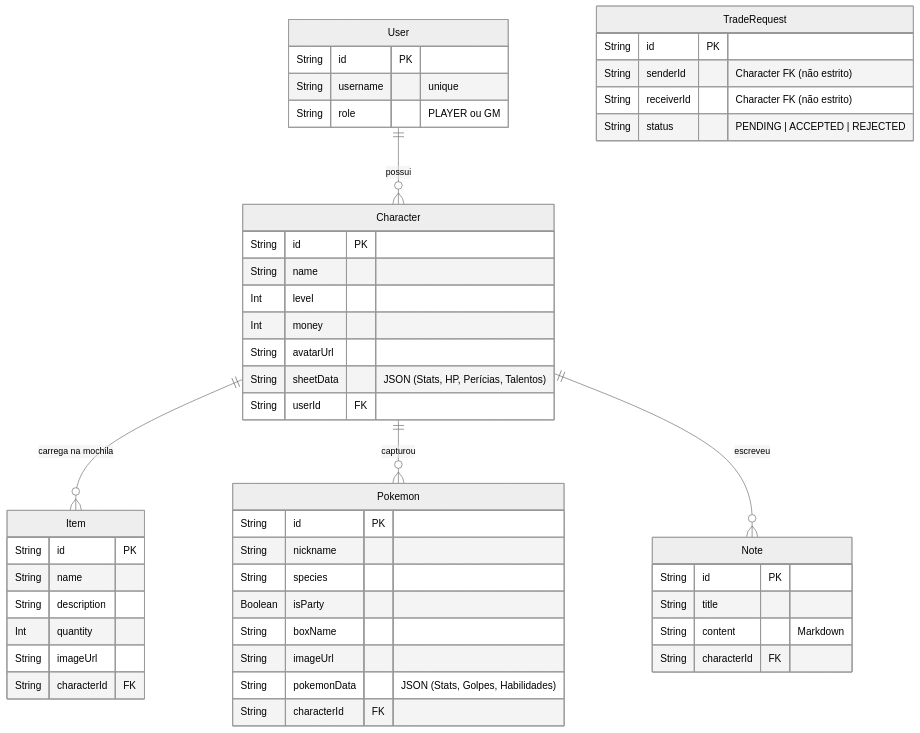
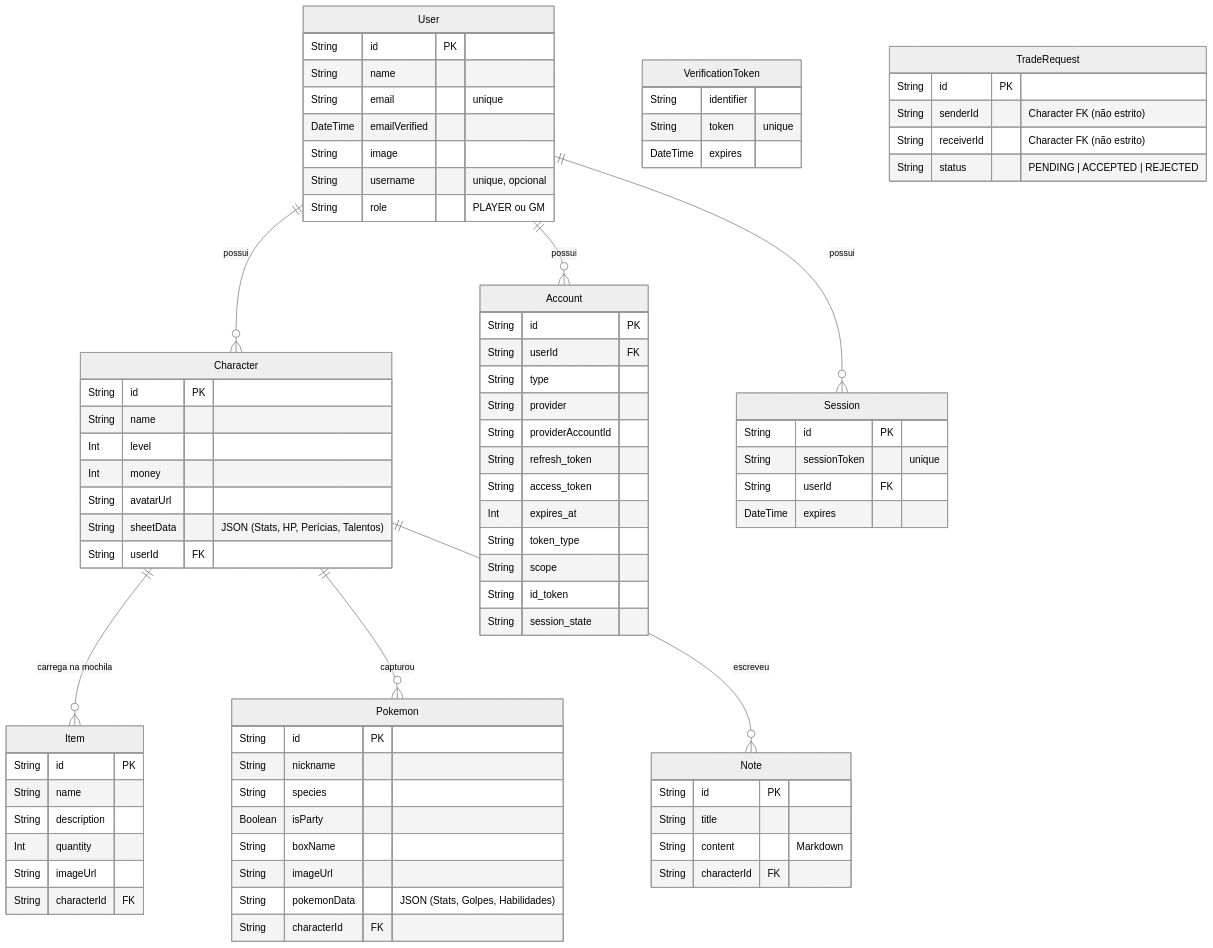
One commit to JulioFabio/trainer-card-pro changed the diagram in docs/[Arquitetura] Banco de Dados.md. Above: the diagram before and after it, drawn with Mermaid (neutral theme). The commit also changed other lines of this file and 21 other files, not shown here.

First line of the commit message:
feat(auth): integrate NextAuth v5, Discord OAuth2, GM Role Admin Panel, and Vault Architect docs

````diff
--- a/docs/[Arquitetura] Banco de Dados.md
+++ b/docs/[Arquitetura] Banco de Dados.md
@@ -34,14 +34,48 @@
 ```mermaid
 erDiagram
     User ||--o{ Character : "possui"
+    User ||--o{ Account : "possui"
+    User ||--o{ Session : "possui"
     Character ||--o{ Item : "carrega na mochila"
     Character ||--o{ Pokemon : "capturou"
     Character ||--o{ Note : "escreveu"
 
     User {
         String id PK
-        String username "unique"
+        String name
+        String email "unique"
+        DateTime emailVerified
+        String image
+        String username "unique, opcional"
         String role "PLAYER ou GM"
+    }
+
+    Account {
+        String id PK
+        String userId FK
+        String type
+        String provider
+        String providerAccountId
+        String refresh_token
+        String access_token
+        Int expires_at
+        String token_type
+        String scope
+        String id_token
+        String session_state
+    }
+
+    Session {
+        String id PK
+        String sessionToken "unique"
+        String userId FK
+        DateTime expires
+    }
+
+    VerificationToken {
+        String identifier
+        String token "unique"
+        DateTime expires
     }
     
     Character {
````
